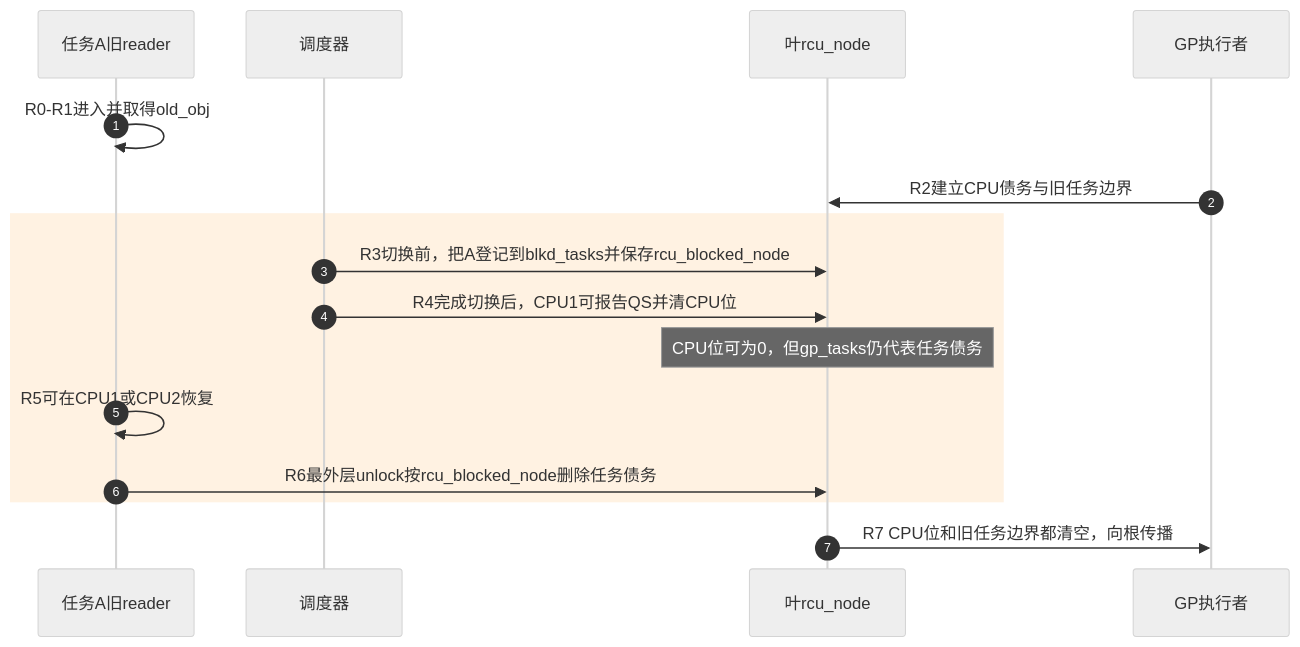
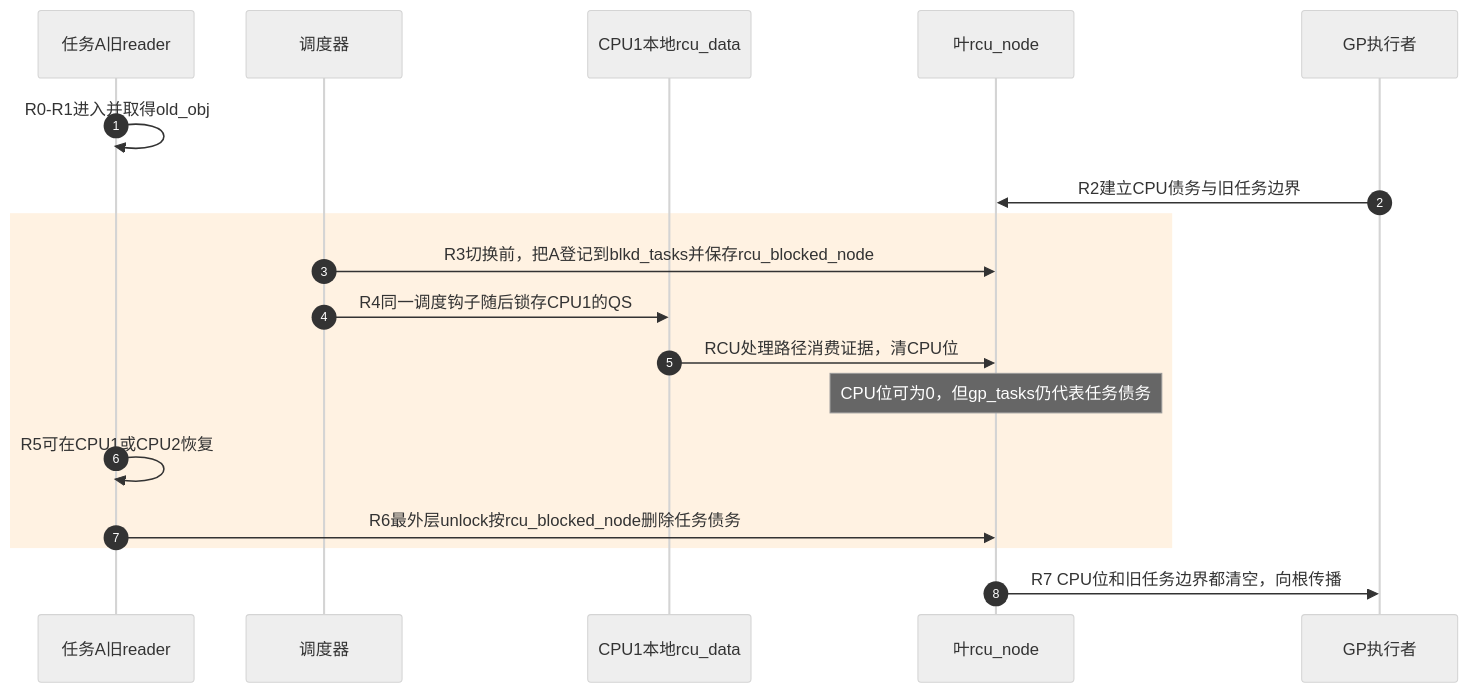
Before and after one commit to FormingSystem/linux_note: the fourth of 4 diagrams in knowledge/linux/synchronization_and_asynchrony/synchronization/rcu/P06_Tree_RCU_读侧执行模型与配置差异.md, drawn with Mermaid (neutral theme). The commit also changed other lines of this file and 3 other files, not shown here.

````diff
--- a/knowledge/linux/synchronization_and_asynchrony/synchronization/rcu/P06_Tree_RCU_读侧执行模型与配置差异.md
+++ b/knowledge/linux/synchronization_and_asynchrony/synchronization/rcu/P06_Tree_RCU_读侧执行模型与配置差异.md
@@ -241,19 +251,21 @@
 ```mermaid
 sequenceDiagram
     autonumber
     participant A as 任务A旧reader
     participant S as 调度器
+    participant D as CPU1本地rcu_data
     participant N as 叶rcu_node
     participant G as GP执行者
 
     A->>A: R0-R1进入并取得old_obj
     G->>N: R2建立CPU债务与旧任务边界
     rect rgb(255, 242, 226)
         S->>N: R3切换前，把A登记到blkd_tasks并保存rcu_blocked_node
-        S->>N: R4完成切换后，CPU1可报告QS并清CPU位
+        S->>D: R4同一调度钩子随后锁存CPU1的QS
+        D->>N: RCU处理路径消费证据，清CPU位
         Note over N: CPU位可为0，但gp_tasks仍代表任务债务
         A->>A: R5可在CPU1或CPU2恢复
         A->>N: R6最外层unlock按rcu_blocked_node删除任务债务
     end
     N->>G: R7 CPU位和旧任务边界都清空，向根传播
 ```
````
